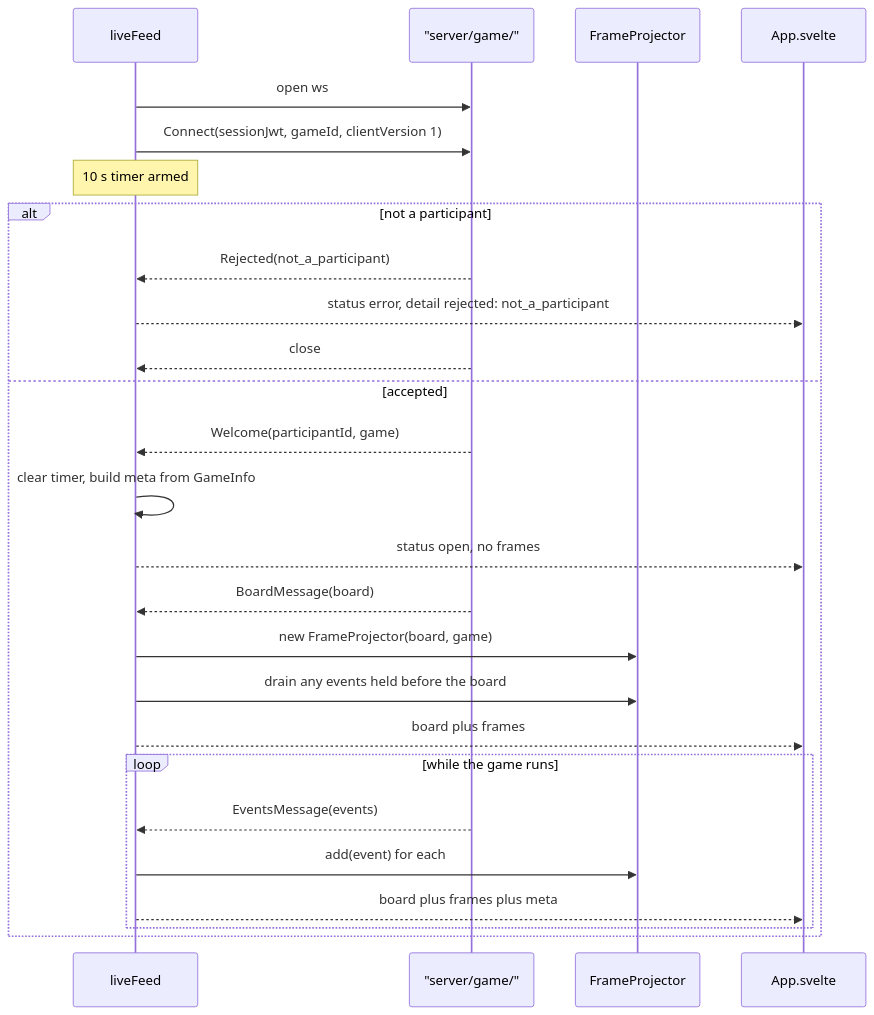
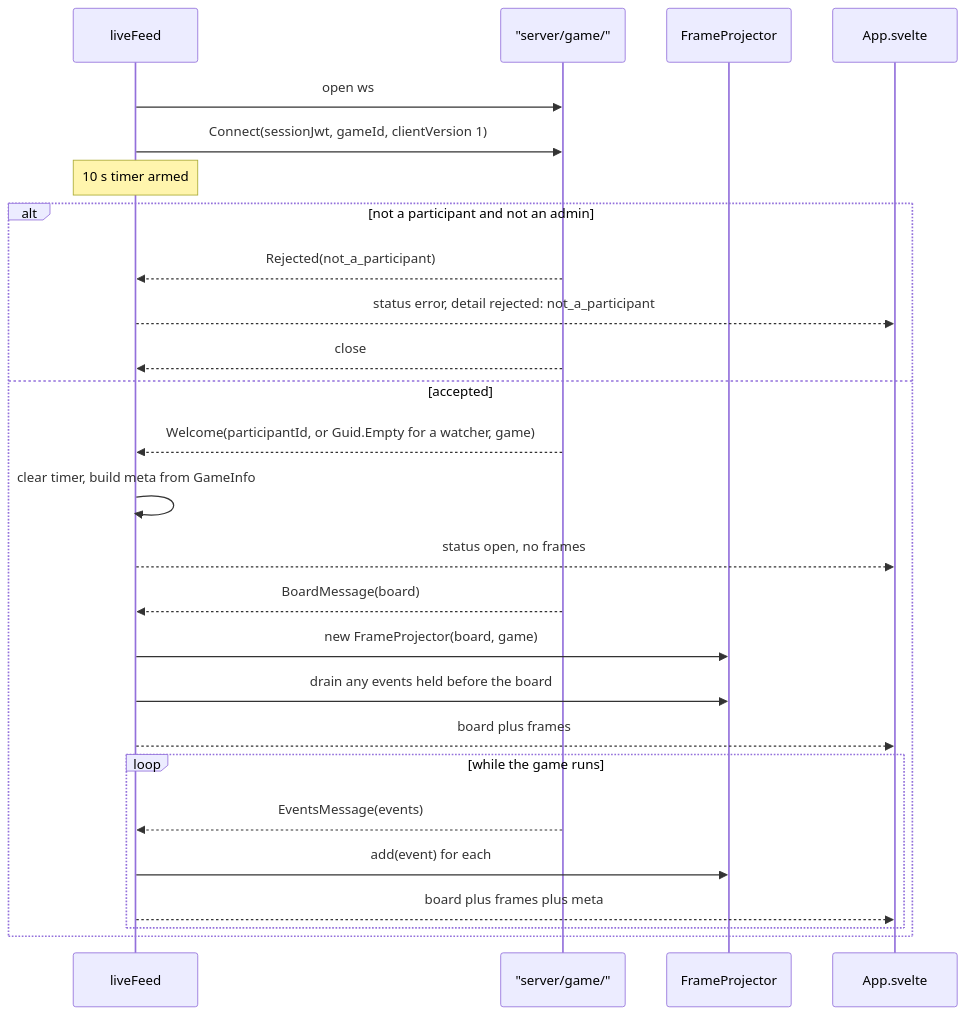
The eighth of 11 diagrams in docs/design/viewer/design.md (cstupi/tabletop), drawn with Mermaid before and after one commit. The commit also changed other lines of this file and 33 other files, not shown here.

First line of the commit message:
Admin watch: a Stytch admin role watches any game on the socket; the viewer lists games

````diff
--- a/docs/design/viewer/design.md
+++ b/docs/design/viewer/design.md
@@ -680,29 +689,29 @@
 ```mermaid
 sequenceDiagram
     participant V as liveFeed
     participant S as "server/game/"
     participant P as FrameProjector
     participant A as App.svelte
 
     V->>S: open ws
     V->>S: Connect(sessionJwt, gameId, clientVersion 1)
     Note over V: 10 s timer armed
-    alt not a participant
+    alt not a participant and not an admin
         S-->>V: Rejected(not_a_participant)
         V-->>A: status error, detail rejected: not_a_participant
         S-->>V: close
     else accepted
-        S-->>V: Welcome(participantId, game)
+        S-->>V: Welcome(participantId, or Guid.Empty for a watcher, game)
         V->>V: clear timer, build meta from GameInfo
         V-->>A: status open, no frames
         S-->>V: BoardMessage(board)
         V->>P: new FrameProjector(board, game)
         V->>P: drain any events held before the board
         V-->>A: board plus frames
         loop while the game runs
             S-->>V: EventsMessage(events)
             V->>P: add(event) for each
             V-->>A: board plus frames plus meta
         end
     end
 ```
````
